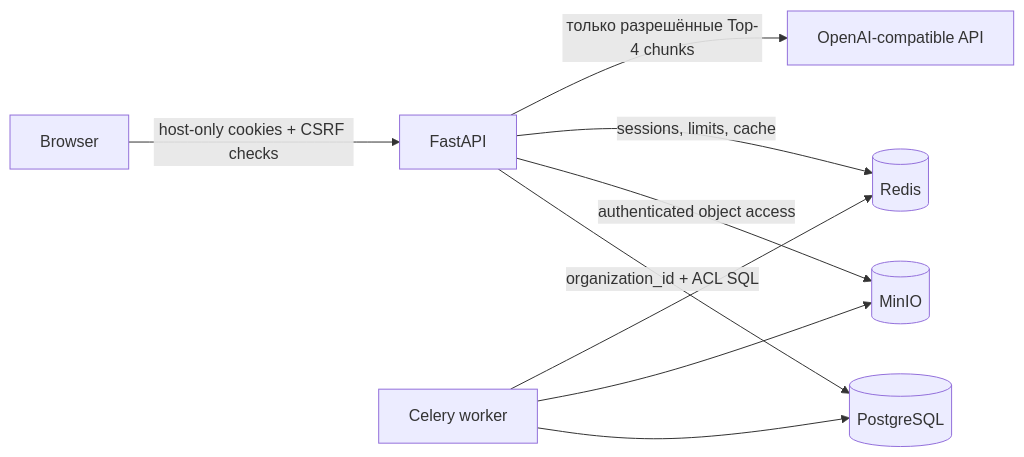
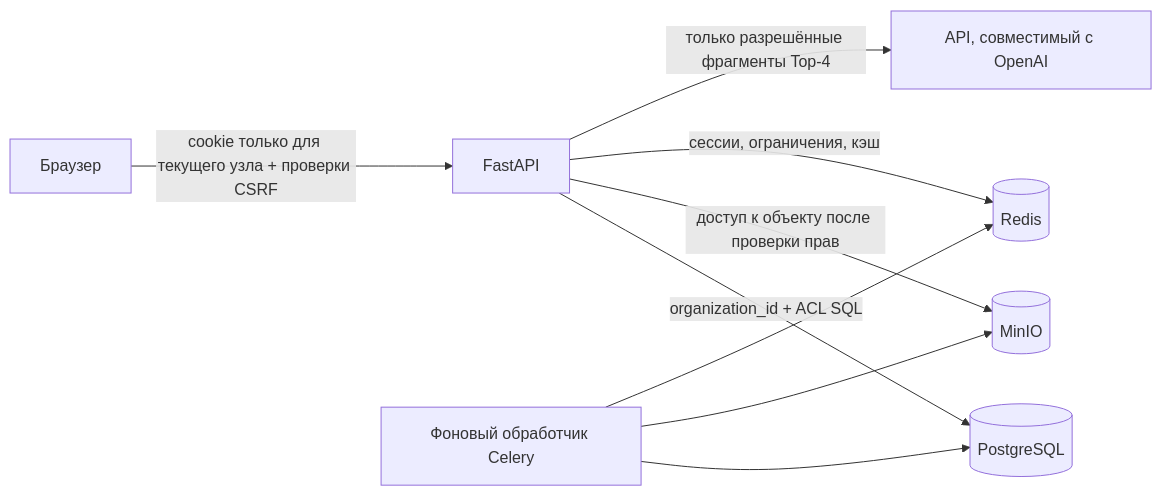
The diagram in docs/security/overview.md (vladweat/docwise), drawn with Mermaid before and after one commit. The commit also changed other lines of this file and 51 other files, not shown here.

````diff
--- a/docs/security/overview.md
+++ b/docs/security/overview.md
@@ -9,11 +9,11 @@
 ```mermaid
 flowchart LR
-  B[Browser] -->|host-only cookies + CSRF checks| API[FastAPI]
+  B[Браузер] -->|cookie только для текущего узла + проверки CSRF| API[FastAPI]
   API -->|organization_id + ACL SQL| PG[(PostgreSQL)]
-  API -->|authenticated object access| S3[(MinIO)]
-  API -->|sessions, limits, cache| R[(Redis)]
-  API -->|только разрешённые Top-4 chunks| LLM[OpenAI-compatible API]
-  W[Celery worker] --> PG
+  API -->|доступ к объекту после проверки прав| S3[(MinIO)]
+  API -->|сессии, ограничения, кэш| R[(Redis)]
+  API -->|только разрешённые фрагменты Top-4| LLM[API, совместимый с OpenAI]
+  W[Фоновый обработчик Celery] --> PG
   W --> S3
   W --> R
 ```
````
